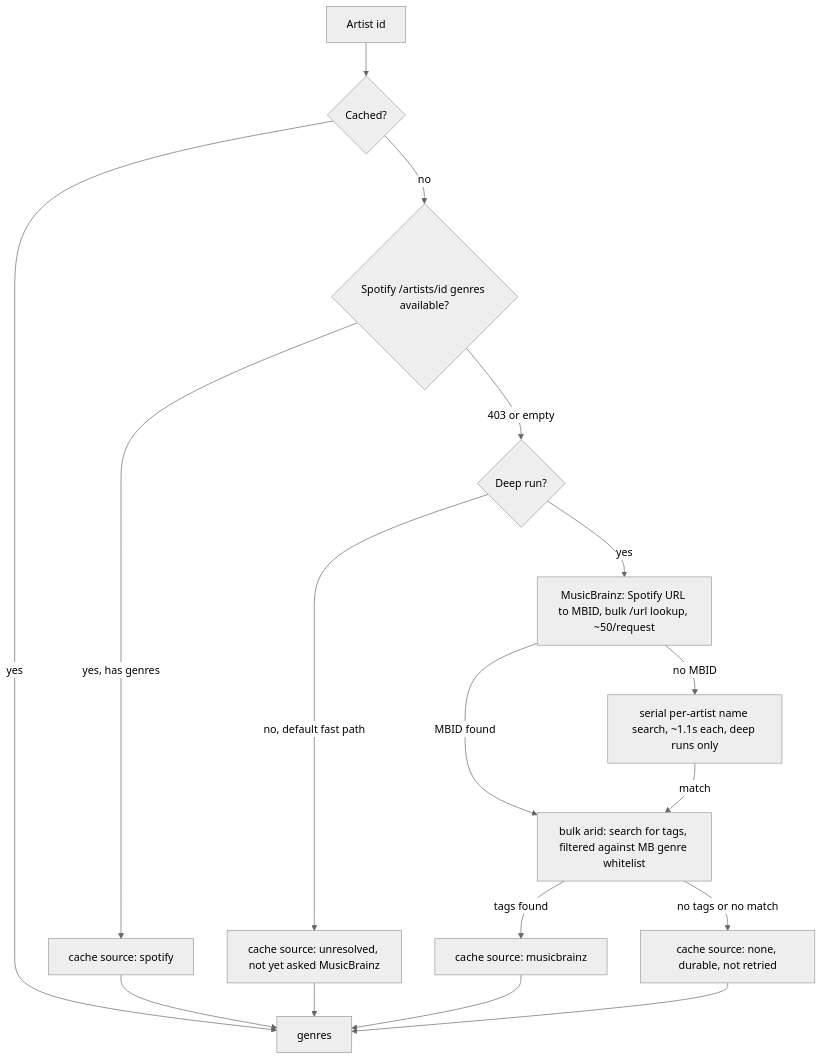
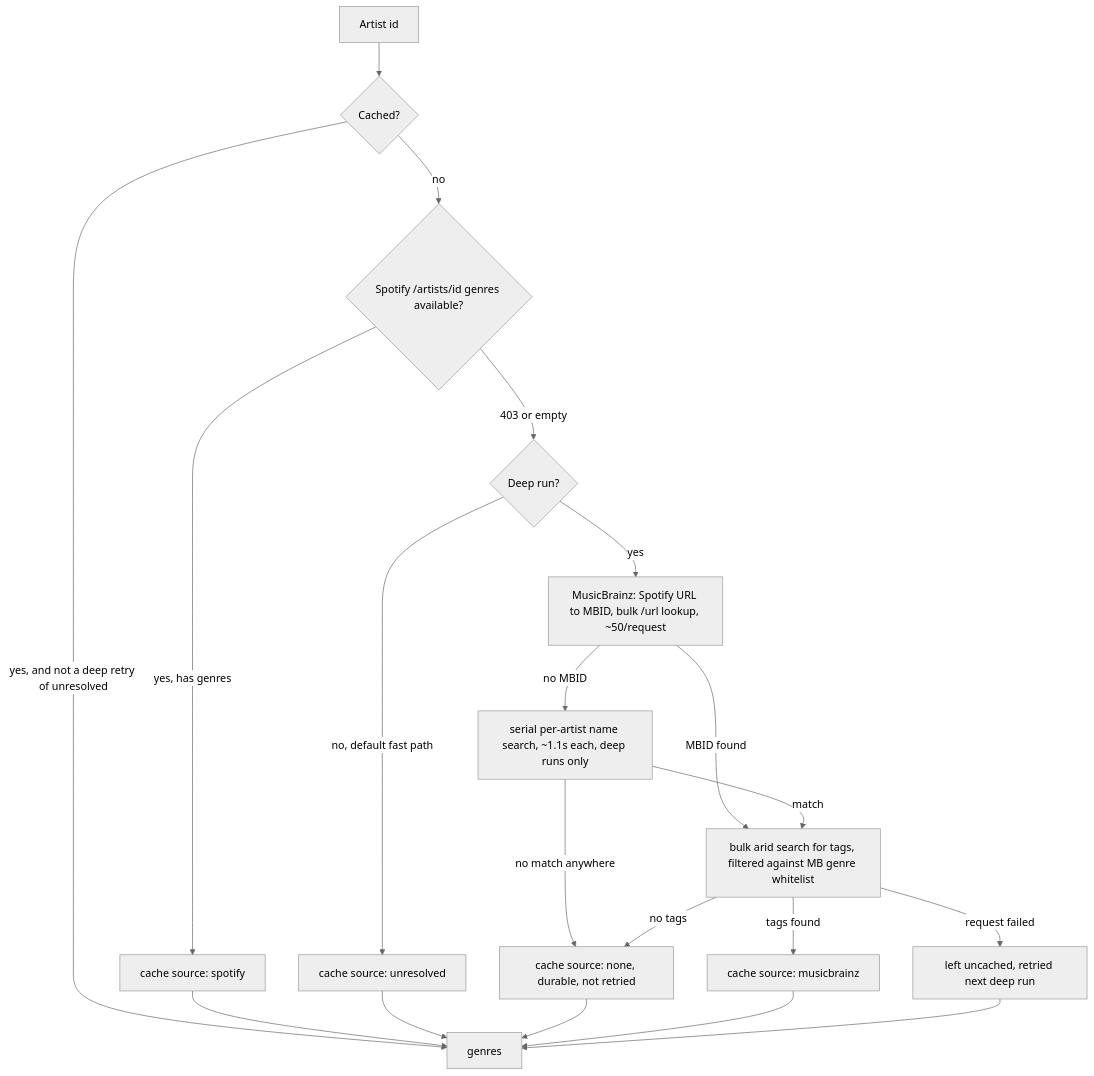
Before and after one commit to sasha351/trackTackle: the diagram in README.md, drawn with Mermaid (neutral theme). The commit also changed other lines of this file and 10 other files, not shown here.

````diff
--- a/README.md
+++ b/README.md
@@ -34,15 +34,22 @@
 ```mermaid
 flowchart TD
-    A[Artist id] --> B{Cached?}
-    B -->|yes| Z[genres]
-    B -->|no| C{"Spotify /artists/id genres available?"}
-    C -->|yes, has genres| D[cache source: spotify] --> Z
-    C -->|403 or empty| E{Deep run?}
-    E -->|no, default fast path| F[cache source: unresolved, not yet asked MusicBrainz] --> Z
-    E -->|yes| G[MusicBrainz: Spotify URL to MBID, bulk /url lookup, ~50/request]
-    G -->|MBID found| H[bulk arid: search for tags, filtered against MB genre whitelist]
-    G -->|no MBID| I[serial per-artist name search, ~1.1s each, deep runs only]
-    I -->|match| H
-    H -->|tags found| J[cache source: musicbrainz] --> Z
-    H -->|no tags or no match| K[cache source: none, durable, not retried] --> Z
+    A["Artist id"] --> B{"Cached?"}
+    B -->|"yes, and not a deep retry of unresolved"| Z["genres"]
+    B -->|"no"| C{"Spotify /artists/id genres available?"}
+    C -->|"yes, has genres"| D["cache source: spotify"]
+    D --> Z
+    C -->|"403 or empty"| E{"Deep run?"}
+    E -->|"no, default fast path"| F["cache source: unresolved"]
+    F --> Z
+    E -->|"yes"| G["MusicBrainz: Spotify URL to MBID, bulk /url lookup, ~50/request"]
+    G -->|"MBID found"| H["bulk arid search for tags, filtered against MB genre whitelist"]
+    G -->|"no MBID"| I["serial per-artist name search, ~1.1s each, deep runs only"]
+    I -->|"match"| H
+    I -->|"no match anywhere"| K["cache source: none, durable, not retried"]
+    K --> Z
+    H -->|"tags found"| J["cache source: musicbrainz"]
+    J --> Z
+    H -->|"no tags"| K
+    H -->|"request failed"| L["left uncached, retried next deep run"]
+    L --> Z
 ```
````
